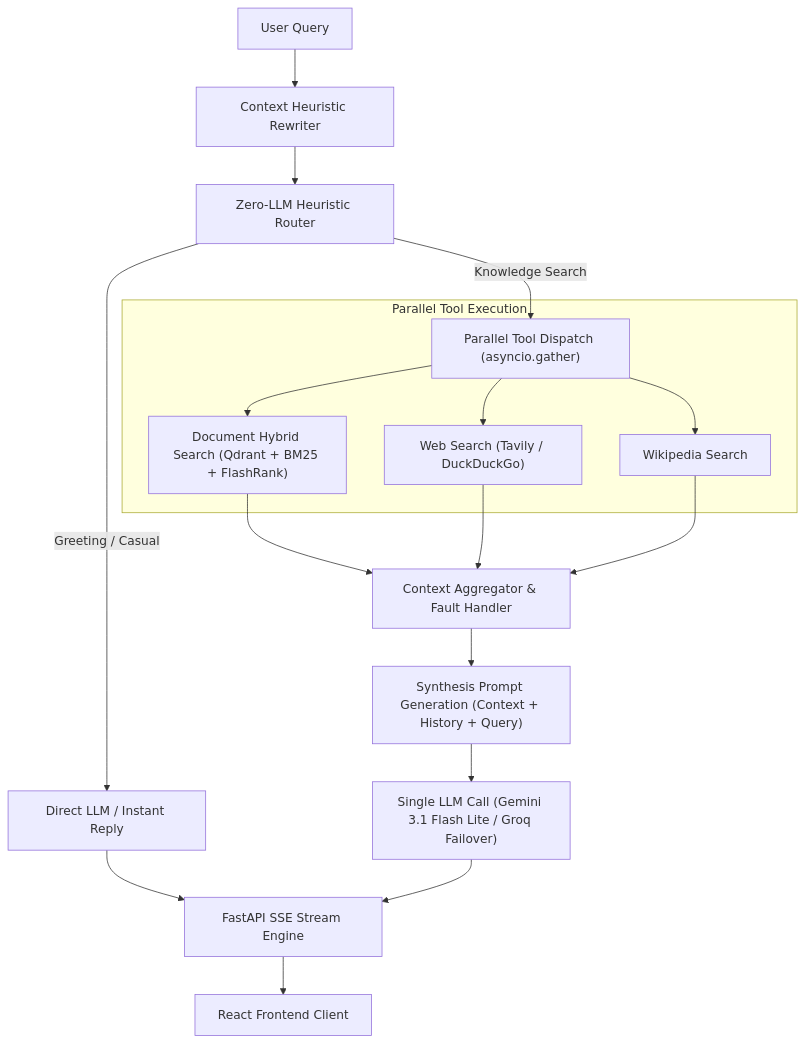
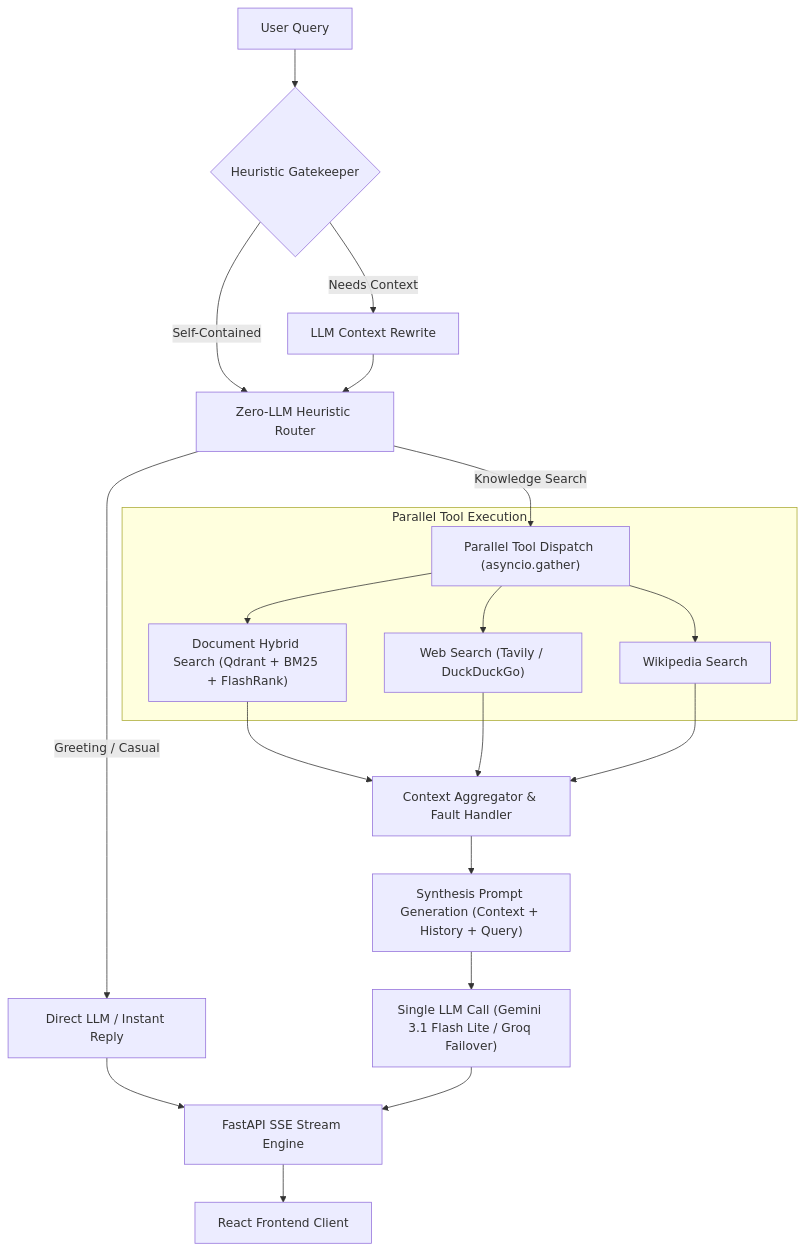
One commit to sushrutha777/AI-Platform-with-Agentic-Retrieval changed the diagram in README.md. Above: the diagram before and after it, drawn with Mermaid. The commit also changed other lines of this file, not shown here.

Commit message:
docs: update architecture diagram with heuristic gatekeeper

````diff
--- a/README.md
+++ b/README.md
@@ -18,24 +18,26 @@
 ```mermaid
 flowchart TD
-    A[User Query] --> B[Context Heuristic Rewriter]
-    B --> C[Zero-LLM Heuristic Router]
+    A[User Query] --> B{Heuristic Gatekeeper}
+    B -->|Needs Context| B1[LLM Context Rewrite]
+    B -->|Self-Contained| C[Zero-LLM Heuristic Router]
+    B1 --> C
     
     C -->|Greeting / Casual| D[Direct LLM / Instant Reply]
     C -->|Knowledge Search| E["Parallel Tool Dispatch (asyncio.gather)"]
     
     subgraph Parallel Tool Execution
         E --> F["Document Hybrid Search (Qdrant + BM25 + FlashRank)"]
         E --> G["Web Search (Tavily / DuckDuckGo)"]
         E --> H["Wikipedia Search"]
     end
     
     F --> I[Context Aggregator & Fault Handler]
     G --> I
     H --> I
     
     I --> J["Synthesis Prompt Generation (Context + History + Query)"]
     J --> K["Single LLM Call (Gemini 3.1 Flash Lite / Groq Failover)"]
     D --> L[FastAPI SSE Stream Engine]
     K --> L
     L --> M[React Frontend Client]
 ```
````
